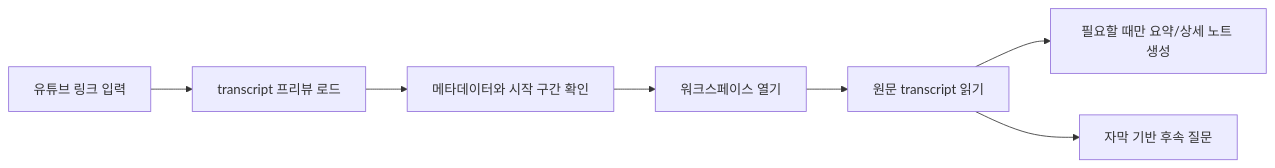
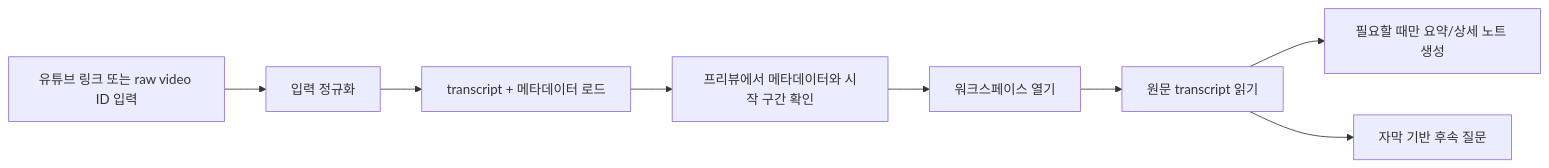
Before and after one commit to bigmacfive/youtube-crawl: the diagram in README.ko.md, drawn with Mermaid. The commit also changed other lines of this file and 11 other files, not shown here.

````diff
--- a/README.ko.md
+++ b/README.ko.md
@@ -33,9 +49,10 @@
 ```mermaid
 flowchart LR
-    A["유튜브 링크 입력"] --> B["transcript 프리뷰 로드"]
-    B --> C["메타데이터와 시작 구간 확인"]
-    C --> D["워크스페이스 열기"]
-    D --> E["원문 transcript 읽기"]
-    E --> F["필요할 때만 요약/상세 노트 생성"]
-    E --> G["자막 기반 후속 질문"]
+    A["유튜브 링크 또는 raw video ID 입력"] --> B["입력 정규화"]
+    B --> C["transcript + 메타데이터 로드"]
+    C --> D["프리뷰에서 메타데이터와 시작 구간 확인"]
+    D --> E["워크스페이스 열기"]
+    E --> F["원문 transcript 읽기"]
+    F --> G["필요할 때만 요약/상세 노트 생성"]
+    F --> H["자막 기반 후속 질문"]
 ```
````
